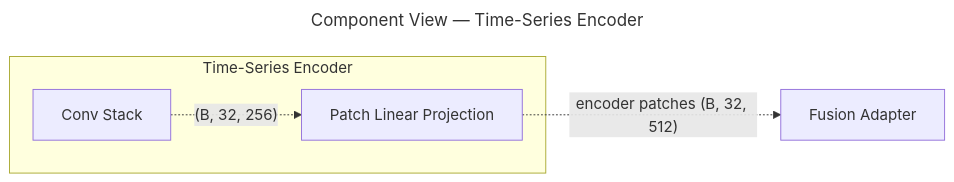
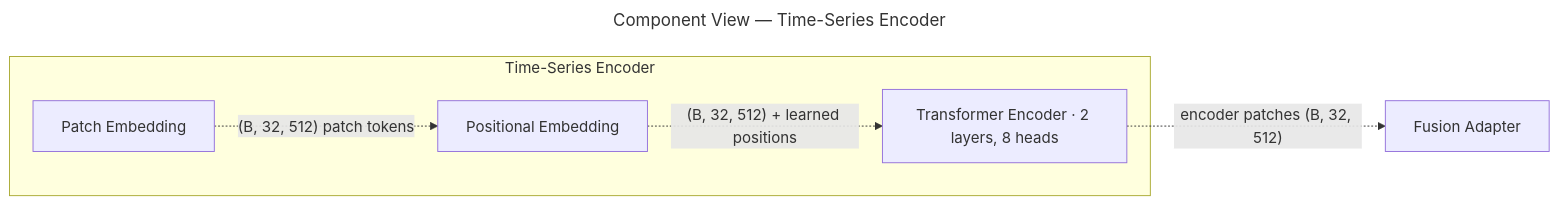
One commit to VoidAxiom/llava-for-sensors changed the diagram in docs/architecture/component_ts_encoder.mmd. Above: the diagram before and after it, drawn with Mermaid. The commit also changed 6 other files, not shown here.

First line of the commit message:
VOI-204: Phase 2 architecture + /understand regen + RUNNING_NOTES rollup (P2.2) (#30)

```diff
--- a/docs/architecture/component_ts_encoder.mmd
+++ b/docs/architecture/component_ts_encoder.mmd
@@ -1,11 +1,13 @@
 ---
 title: "Component View — Time-Series Encoder"
 ---
 graph LR
   subgraph LlavaTs_encoder["`Time-Series Encoder`"]
-    LlavaTs_encoder.Conv_stack@{ shape: rectangle, label: "Conv Stack" }
-    LlavaTs_encoder.Patch_proj@{ shape: rectangle, label: "Patch Linear Projection" }
+    LlavaTs_encoder.Patch_embed@{ shape: rectangle, label: "Patch Embedding" }
+    LlavaTs_encoder.Pos_embed@{ shape: rectangle, label: "Positional Embedding" }
+    LlavaTs_encoder.Transformer_stack@{ shape: rectangle, label: "Transformer Encoder · 2 layers, 8 heads" }
   end
   LlavaFusion@{ shape: rectangle, label: "Fusion Adapter" }
-  LlavaTs_encoder.Conv_stack -. "`(B, 32, 256)`" .-> LlavaTs_encoder.Patch_proj
-  LlavaTs_encoder.Patch_proj -. "`encoder patches (B, 32, 512)`" .-> LlavaFusion
+  LlavaTs_encoder.Patch_embed -. "`(B, 32, 512) patch tokens`" .-> LlavaTs_encoder.Pos_embed
+  LlavaTs_encoder.Pos_embed -. "`(B, 32, 512) + learned positions`" .-> LlavaTs_encoder.Transformer_stack
+  LlavaTs_encoder.Transformer_stack -. "`encoder patches (B, 32, 512)`" .-> LlavaFusion
```
